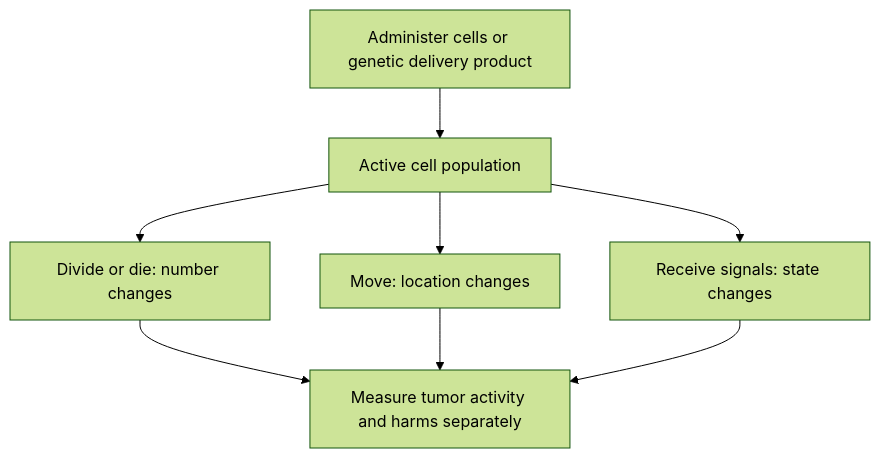
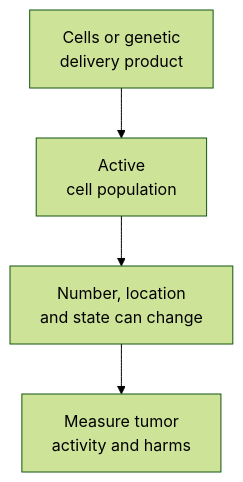
The diagram in wiki/education/concepts/therapeutics/cell-therapies/cell-therapy-as-a-living-drug.md (jasonLaster/oncoguide), drawn with Mermaid (forest theme) before and after one commit. The commit also changed other lines of this file and 43 other files, not shown here.

Commit message:
education: sync engineered-cell curriculum and native diagram settings

````diff
--- a/wiki/education/concepts/therapeutics/cell-therapies/cell-therapy-as-a-living-drug.md
+++ b/wiki/education/concepts/therapeutics/cell-therapies/cell-therapy-as-a-living-drug.md
@@ -40,10 +40,6 @@
 ```mermaid
 flowchart TD
-  A["Administer cells or genetic delivery product"] --> B["Active cell population"]
-  B --> C["Divide or die: number changes"]
-  B --> D["Move: location changes"]
-  B --> E["Receive signals: state changes"]
-  C --> F["Measure tumor activity and harms separately"]
-  D --> F
-  E --> F
+  A["Cells or genetic<br/>delivery product"] --> B["Active<br/>cell population"]
+  B --> C["Number, location<br/>and state can change"]
+  C --> D["Measure tumor<br/>activity and harms"]
 ```
````
